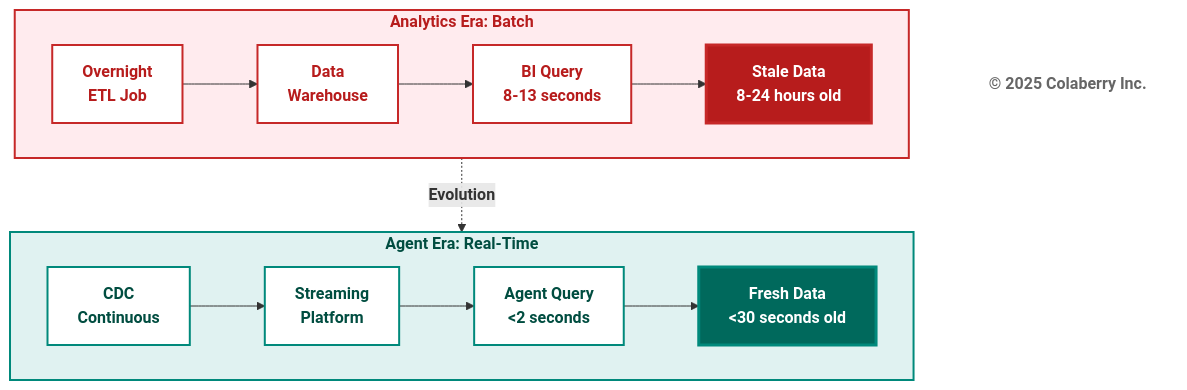
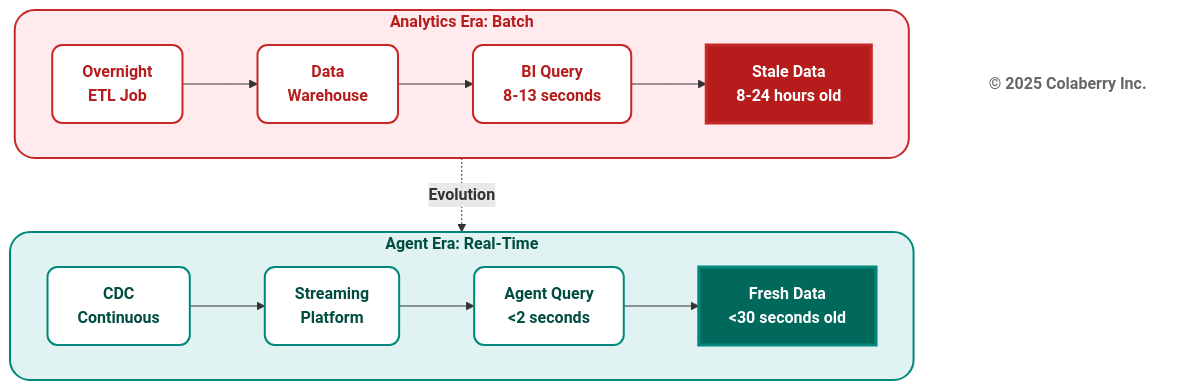
Before and after one commit to saitejesh-cyber/trust-before-intelligence-book: the seventh of 12 diagrams in manuscript/03_chapter_2_inpact_framework.md, drawn with Mermaid. The commit also changed other lines of this file, not shown here.

````diff
--- a/manuscript/03_chapter_2_inpact_framework.md
+++ b/manuscript/03_chapter_2_inpact_framework.md
@@ -475,35 +475,35 @@
 ```mermaid
 graph TB
     subgraph ERA1["<b>Analytics Era: Batch</b>"]
         direction LR
         A1["<b>Overnight<br/>ETL Job</b>"] --> B1["<b>Data<br/>Warehouse</b>"]
         B1 --> C1["<b>BI Query<br/>8-13 seconds</b>"]
         C1 --> D1["<b>Stale Data<br/>8-24 hours old</b>"]
         
         style D1 fill:#b71c1c,color:#ffffff,stroke:#c62828,stroke-width:3px
     end
     
     ERA1 -.->|<b>Evolution</b>| ERA2
     
     subgraph ERA2["<b>Agent Era: Real-Time</b>"]
         direction LR
         A2["<b>CDC<br/>Continuous</b>"] --> B2["<b>Streaming<br/>Platform</b>"]
         B2 --> C2["<b>Agent Query<br/>&lt;2 seconds</b>"]
         C2 --> D2["<b>Fresh Data<br/>&lt;30 seconds old</b>"]
         
         style D2 fill:#00695c,color:#ffffff,stroke:#00897b,stroke-width:3px
     end
     
-    style ERA1 fill:#ffebee,stroke:#c62828,stroke-width:2px,color:#b71c1c
-    style A1 fill:#ffffff,stroke:#c62828,stroke-width:2px,color:#b71c1c
-    style B1 fill:#ffffff,stroke:#c62828,stroke-width:2px,color:#b71c1c
-    style C1 fill:#ffffff,stroke:#c62828,stroke-width:2px,color:#b71c1c
+    style ERA1 fill:#ffebee,stroke:#c62828,stroke-width:2px,color:#b71c1c,rx:2O,ry:20
+    style A1 fill:#ffffff,stroke:#c62828,stroke-width:2px,color:#b71c1c,rx:1O,ry:10
+    style B1 fill:#ffffff,stroke:#c62828,stroke-width:2px,color:#b71c1c,rx:1O,ry:10
+    style C1 fill:#ffffff,stroke:#c62828,stroke-width:2px,color:#b71c1c,rx:1O,ry:10
     
-    style ERA2 fill:#e0f2f1,stroke:#00897b,stroke-width:2px,color:#004d40
-    style A2 fill:#ffffff,stroke:#00897b,stroke-width:2px,color:#004d40
-    style B2 fill:#ffffff,stroke:#00897b,stroke-width:2px,color:#004d40
-    style C2 fill:#ffffff,stroke:#00897b,stroke-width:2px,color:#004d40
+    style ERA2 fill:#e0f2f1,stroke:#00897b,stroke-width:2px,color:#004d40,rx:2O,ry:20
+    style A2 fill:#ffffff,stroke:#00897b,stroke-width:2px,color:#004d40,rx:1O,ry:10
+    style B2 fill:#ffffff,stroke:#00897b,stroke-width:2px,color:#004d40,rx:1O,ry:10
+    style C2 fill:#ffffff,stroke:#00897b,stroke-width:2px,color:#004d40,rx:1O,ry:10
     
     Copyright["<b>© 2025 Colaberry Inc.</b>"]
-    style Copyright fill:#ffffff,stroke:none,color:#666666
+    style Copyright fill:none,stroke:none,color:#666666
 ```
````
